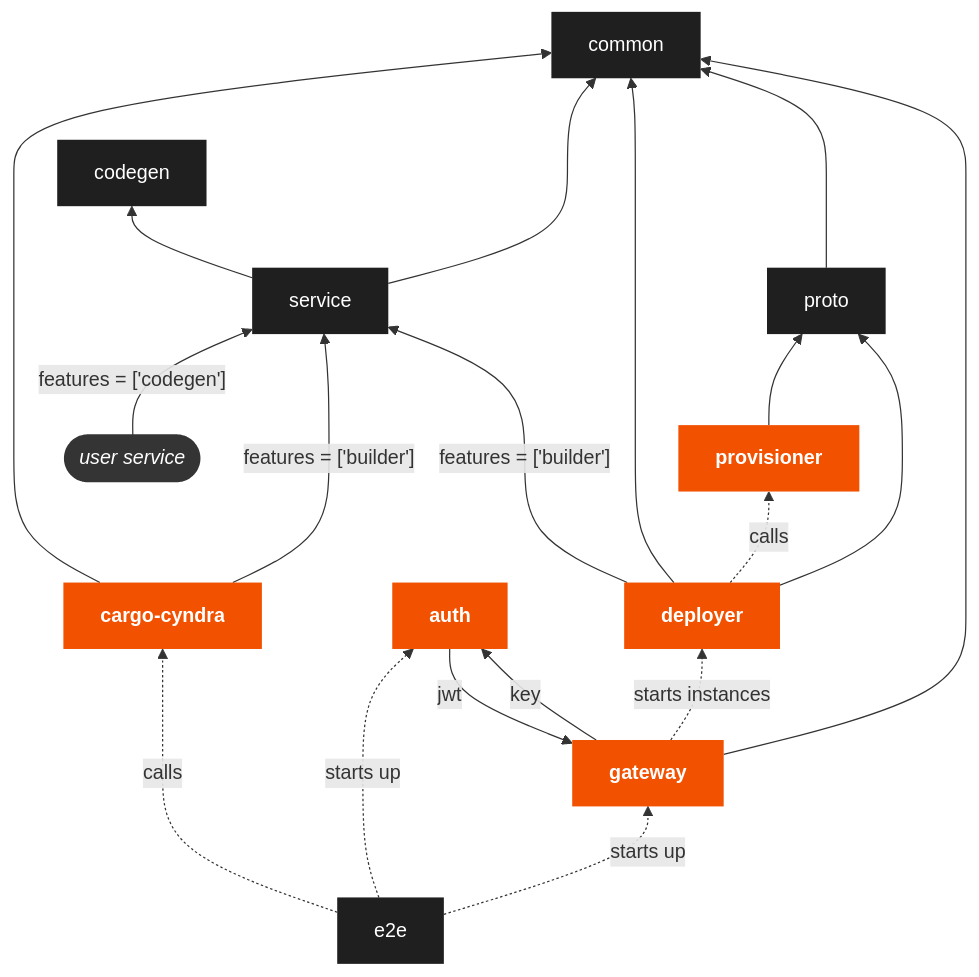
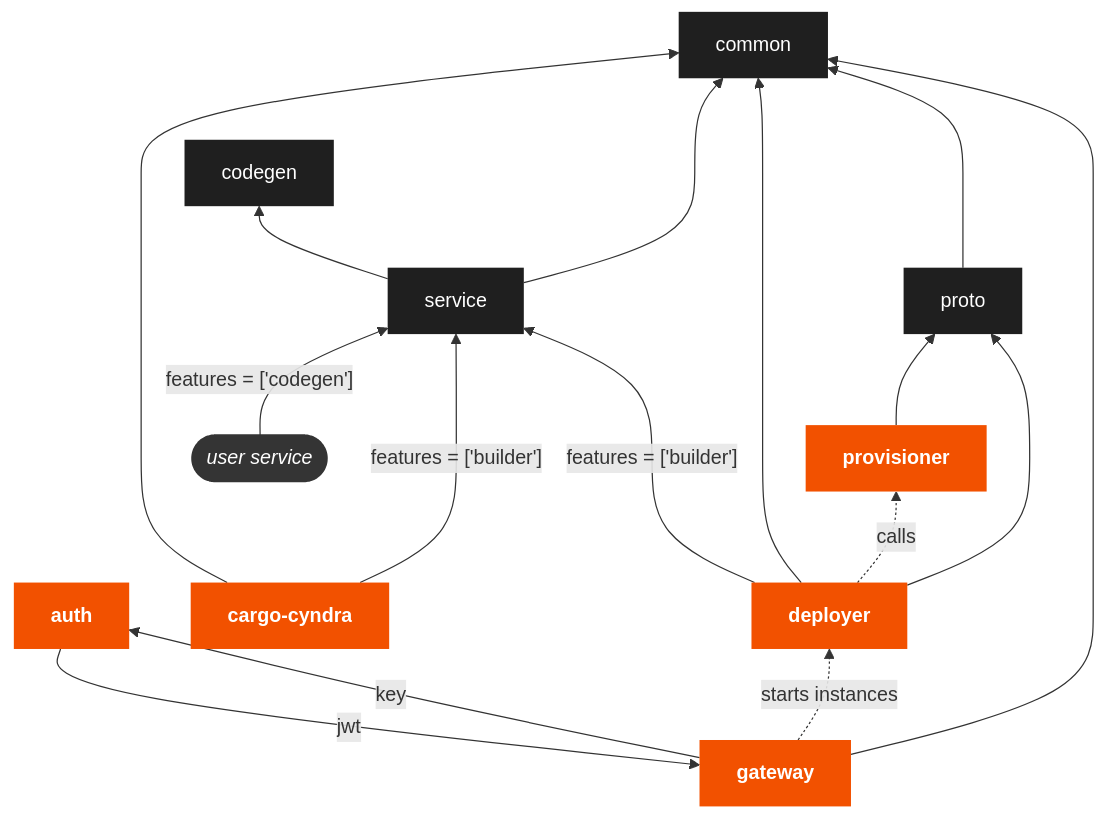
One commit to Cyndra-project/cyndra changed the diagram in DEVELOPING.md. Above: the diagram before and after it, drawn with Mermaid. The commit also changed other lines of this file and 18 other files, not shown here.

````diff
--- a/DEVELOPING.md
+++ b/DEVELOPING.md
@@ -13,36 +13,32 @@
 ```mermaid
 graph BT
     classDef default fill:#1f1f1f,stroke-width:0,color:white;
     classDef binary fill:#f25100,font-weight:bolder,stroke-width:0,color:white;
     classDef external fill:#343434,font-style:italic,stroke:#f25100,color:white;
 
     deployer:::binary
     cargo-cyndra:::binary
     common
     codegen
-    e2e
     proto
     provisioner:::binary
     service
     gateway:::binary
     auth:::binary
     user([user service]):::external
     gateway --> common
     gateway -.->|starts instances| deployer
     gateway -->|key| auth
     auth -->|jwt| gateway
     deployer --> proto
     deployer -.->|calls| provisioner
     service ---> common
     deployer --> common
     cargo-cyndra --->|"features = ['builder']"| service
     deployer -->|"features = ['builder']"| service
     cargo-cyndra --> common
     service --> codegen
     proto ---> common
     provisioner --> proto
-    e2e -.->|starts up| gateway
-    e2e -.->|starts up| auth
-    e2e -.->|calls| cargo-cyndra
     user -->|"features = ['codegen']"| service
 ```
````
